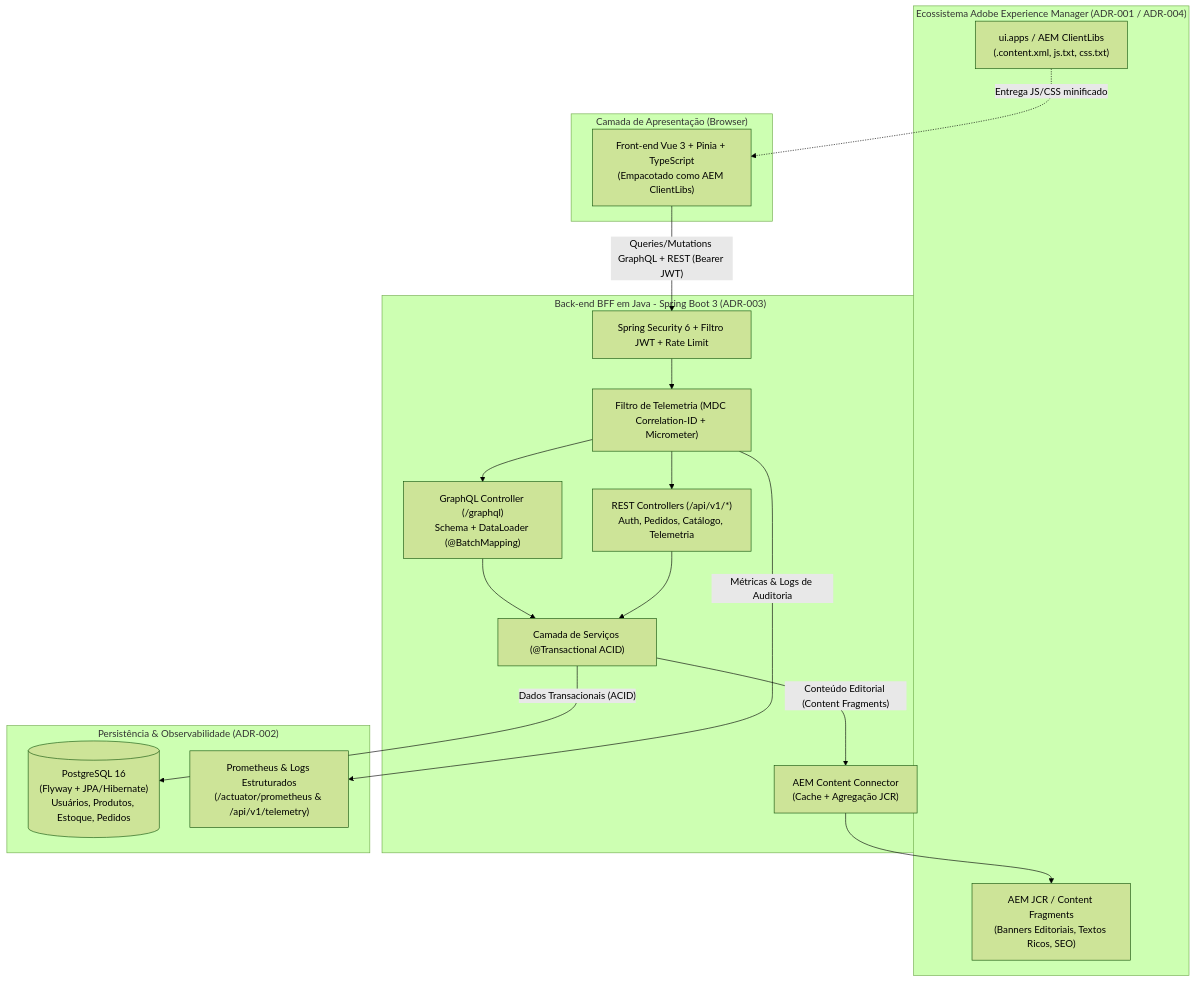
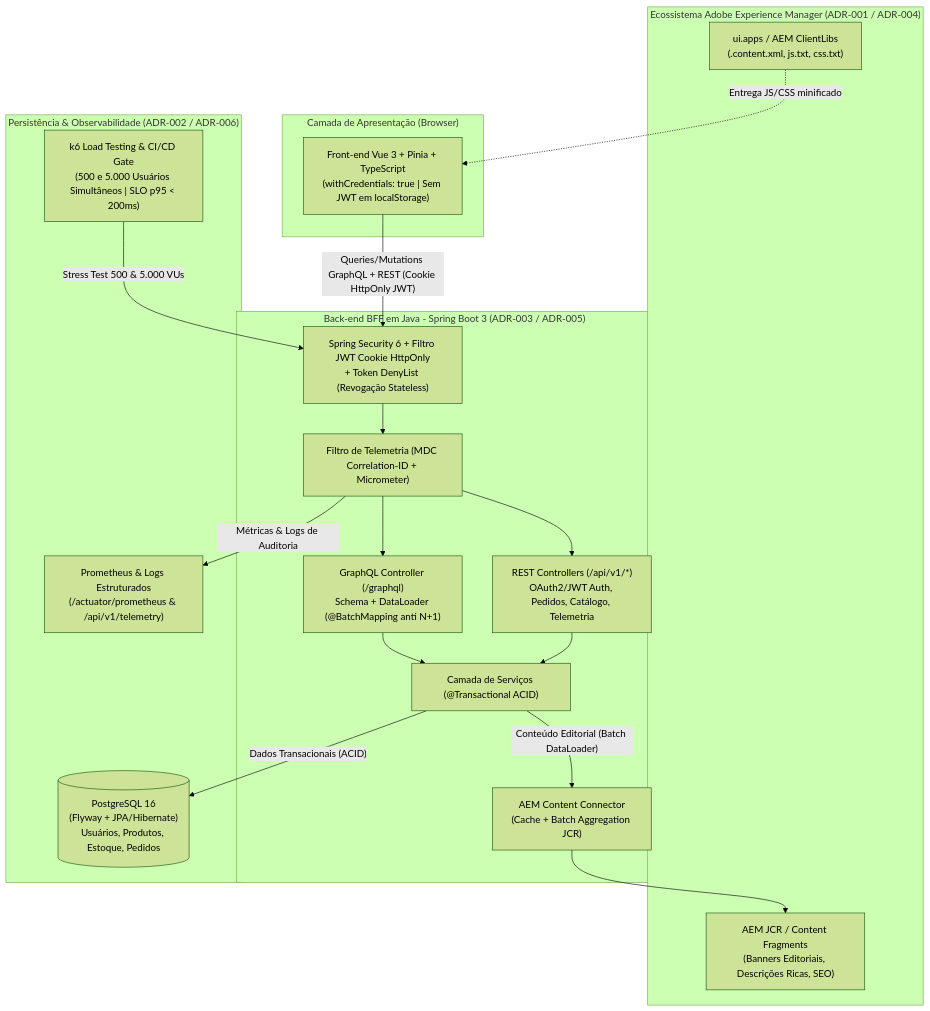
Before and after one commit to AlexsandroGomesClemente/ecommerce_aem_mock: the diagram in docs/PLANS/PLANO_DESENVOLVIMENTO.md, drawn with Mermaid (forest theme). The commit also changed other lines of this file and 8 other files, not shown here.

````diff
--- a/docs/PLANS/PLANO_DESENVOLVIMENTO.md
+++ b/docs/PLANS/PLANO_DESENVOLVIMENTO.md
@@ -25,37 +26,39 @@
 ```mermaid
 flowchart TB
     subgraph Client["Camada de Apresentação (Browser)"]
-        VUE["Front-end Vue 3 + Pinia + TypeScript<br/>(Empacotado como AEM ClientLibs)"]
+        VUE["Front-end Vue 3 + Pinia + TypeScript<br/>(withCredentials: true | Sem JWT em localStorage)"]
     end
 
     subgraph AEM_Layer["Ecossistema Adobe Experience Manager (ADR-001 / ADR-004)"]
         AEM_CLIENTLIBS["ui.apps / AEM ClientLibs<br/>(.content.xml, js.txt, css.txt)"]
-        AEM_JCR["AEM JCR / Content Fragments<br/>(Banners Editoriais, Textos Ricos, SEO)"]
+        AEM_JCR["AEM JCR / Content Fragments<br/>(Banners Editoriais, Descrições Ricas, SEO)"]
     end
 
-    subgraph BFF_Java["Back-end BFF em Java - Spring Boot 3 (ADR-003)"]
-        SEC["Spring Security 6 + Filtro JWT + Rate Limit"]
+    subgraph BFF_Java["Back-end BFF em Java - Spring Boot 3 (ADR-003 / ADR-005)"]
+        SEC["Spring Security 6 + Filtro JWT Cookie HttpOnly<br/>+ Token DenyList (Revogação Stateless)"]
         TELEM["Filtro de Telemetria (MDC Correlation-ID + Micrometer)"]
-        GQL["GraphQL Controller (/graphql)<br/>Schema + DataLoader (@BatchMapping)"]
-        REST["REST Controllers (/api/v1/*)<br/>Auth, Pedidos, Catálogo, Telemetria"]
+        GQL["GraphQL Controller (/graphql)<br/>Schema + DataLoader (@BatchMapping anti N+1)"]
+        REST["REST Controllers (/api/v1/*)<br/>OAuth2/JWT Auth, Pedidos, Catálogo, Telemetria"]
         SVC["Camada de Serviços (@Transactional ACID)"]
-        AEM_CLIENT["AEM Content Connector<br/>(Cache + Agregação JCR)"]
+        AEM_CLIENT["AEM Content Connector<br/>(Cache + Batch Aggregation JCR)"]
     end
 
-    subgraph Data_Layer["Persistência & Observabilidade (ADR-002)"]
+    subgraph Data_Layer["Persistência & Observabilidade (ADR-002 / ADR-006)"]
         PG[("PostgreSQL 16<br/>(Flyway + JPA/Hibernate)<br/>Usuários, Produtos, Estoque, Pedidos")]
         PROM["Prometheus & Logs Estruturados<br/>(/actuator/prometheus & /api/v1/telemetry)"]
+        K6["k6 Load Testing & CI/CD Gate<br/>(500 e 5.000 Usuários Simultâneos | SLO p95 < 200ms)"]
     end
 
     AEM_CLIENTLIBS -.->|"Entrega JS/CSS minificado"| VUE
-    VUE -->|"Queries/Mutations GraphQL + REST (Bearer JWT)"| SEC
+    VUE -->|"Queries/Mutations GraphQL + REST (Cookie HttpOnly JWT)"| SEC
+    K6 -->|"Stress Test 500 & 5.000 VUs"| SEC
     SEC --> TELEM
     TELEM --> GQL
     TELEM --> REST
     GQL --> SVC
     REST --> SVC
     SVC -->|"Dados Transacionais (ACID)"| PG
-    SVC -->|"Conteúdo Editorial (Content Fragments)"| AEM_CLIENT
+    SVC -->|"Conteúdo Editorial (Batch DataLoader)"| AEM_CLIENT
     AEM_CLIENT --> AEM_JCR
     TELEM -->|"Métricas & Logs de Auditoria"| PROM
 ```
````
